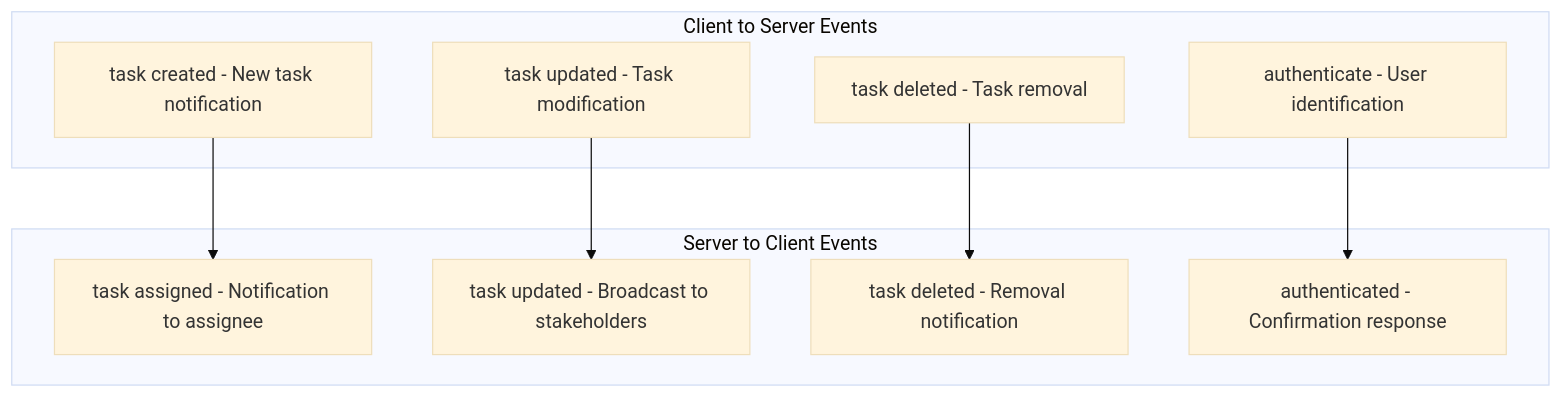
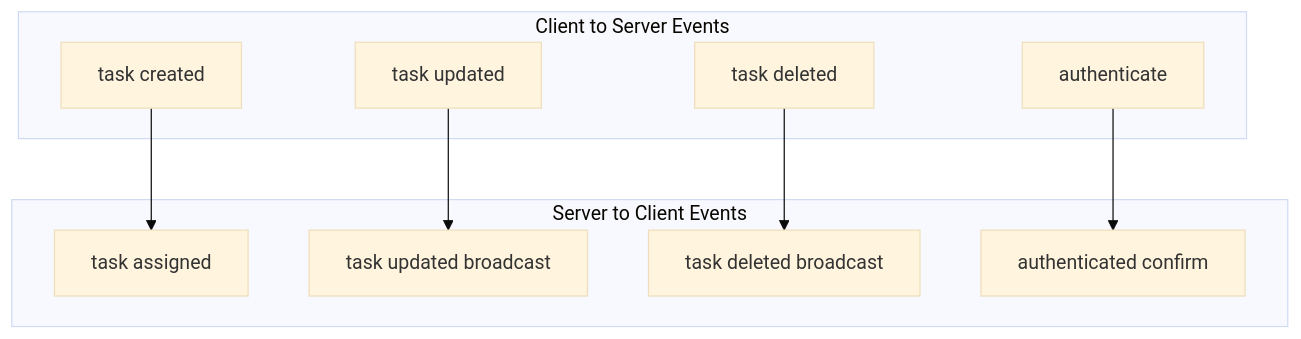
Before and after one commit to anshsharmacse/Real-time-Collaborative-Task-Manager: diagram 11 of 24 in README.md, drawn with Mermaid (base theme). The commit also changed other lines of this file, not shown here.

````diff
--- a/README.md
+++ b/README.md
@@ -421,21 +498,21 @@
 ```mermaid
 flowchart TD
     subgraph Client to Server Events
-        C1[task created - New task notification]
-        C2[task updated - Task modification]
-        C3[task deleted - Task removal]
-        C4[authenticate - User identification]
+        C1[task created]
+        C2[task updated]
+        C3[task deleted]
+        C4[authenticate]
     end
     
     subgraph Server to Client Events
-        S1[task assigned - Notification to assignee]
-        S2[task updated - Broadcast to stakeholders]
-        S3[task deleted - Removal notification]
-        S4[authenticated - Confirmation response]
+        S1[task assigned]
+        S2[task updated broadcast]
+        S3[task deleted broadcast]
+        S4[authenticated confirm]
     end
     
     C1 --> S1
     C2 --> S2
     C3 --> S3
     C4 --> S4
 ```
````
